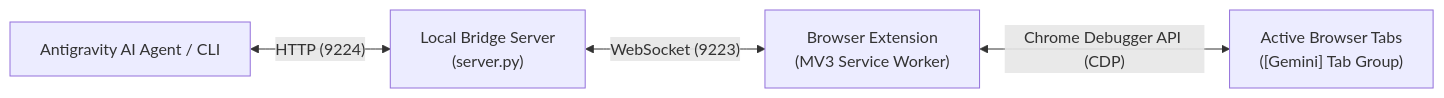
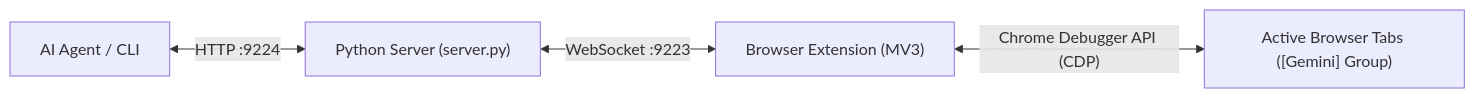
One commit to AshenJyy/antigravity-browser-bridge changed the first of 2 diagrams in README.md. Above: the diagram before and after it, drawn with Mermaid. The commit also changed other lines of this file, not shown here.

````diff
--- a/README.md
+++ b/README.md
@@ -31,6 +35,6 @@
 ```mermaid
 flowchart LR
-    A["Antigravity AI Agent / CLI"] <-->|"HTTP (9224)"| B["Local Bridge Server\n(server.py)"]
-    B <-->|"WebSocket (9223)"| C["Browser Extension\n(MV3 Service Worker)"]
-    C <-->|"Chrome Debugger API (CDP)"| D["Active Browser Tabs\n([Gemini] Tab Group)"]
+    A["AI Agent / CLI"] <-->|"HTTP :9224"| B["Python Server (server.py)"]
+    B <-->|"WebSocket :9223"| C["Browser Extension (MV3)"]
+    C <-->|"Chrome Debugger API (CDP)"| D["Active Browser Tabs ([Gemini] Group)"]
 ```
````
